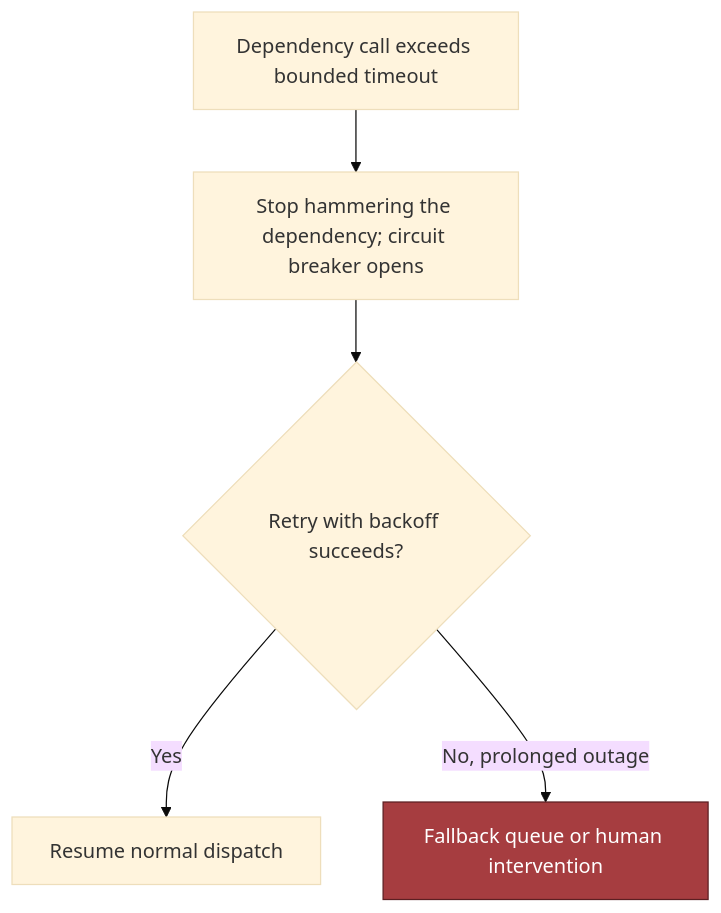
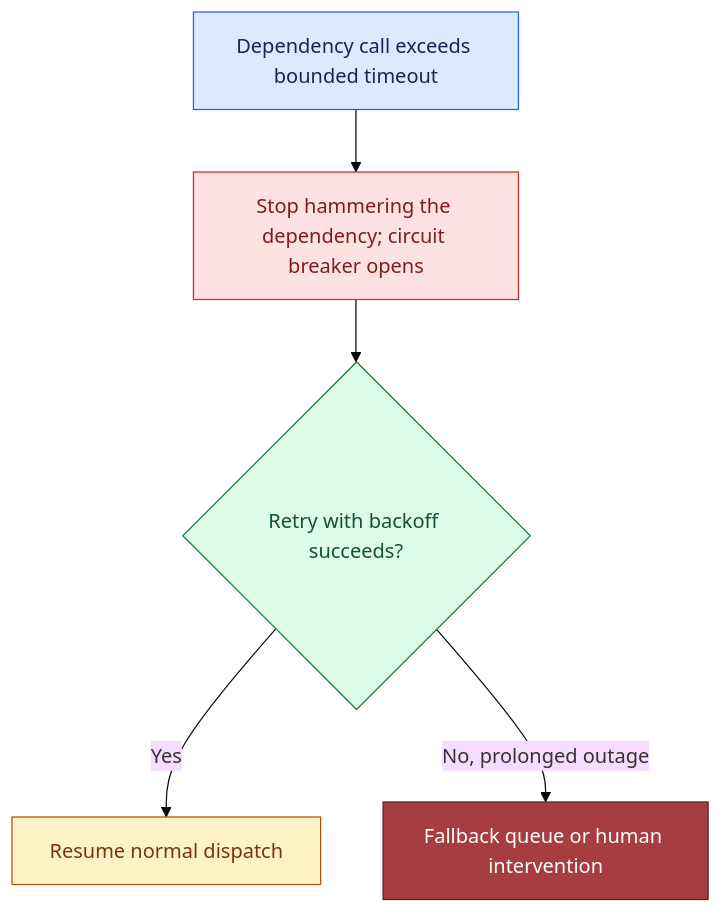
The fifth of 5 diagrams in site/content/modules/15-fde-case-studies/standalone-designs/reliable-workflow-orchestration/tutorial-v2-part-6.md (Sourav692/Forward-Deployed-Engineer-Interview-Prep), drawn with Mermaid (base theme) before and after one commit. The commit also changed other lines of this file and 1268 other files, not shown here.

First line of the commit message:
content: polish Casebook writing and Mermaid diagrams (#251)

````diff
--- a/site/content/modules/15-fde-case-studies/standalone-designs/reliable-workflow-orchestration/tutorial-v2-part-6.md
+++ b/site/content/modules/15-fde-case-studies/standalone-designs/reliable-workflow-orchestration/tutorial-v2-part-6.md
@@ -107,8 +139,18 @@
 ```mermaid
 flowchart TD
   A["Dependency call exceeds bounded timeout"] --> B["Stop hammering the dependency; circuit breaker opens"]
   B --> C{"Retry with backoff succeeds?"}
   C -->|"Yes"| D["Resume normal dispatch"]
   C -->|"No, prolonged outage"| E["Fallback queue or human intervention"]
   style E fill:#a63d40,stroke:#5c1f22,color:#fff
+
+    %% Casebook colours: entry, reasoning, results, controls, and stopped paths.
+    classDef cbInput fill:#dbeafe,stroke:#2563eb,color:#172554
+    class A cbInput
+    classDef cbStop fill:#fee2e2,stroke:#dc2626,color:#7f1d1d
+    class B cbStop
+    classDef cbAction fill:#dcfce7,stroke:#15803d,color:#14532d
+    class C,E cbAction
+    classDef cbPolicy fill:#fef3c7,stroke:#b45309,color:#78350f
+    class D cbPolicy
 ```
````
